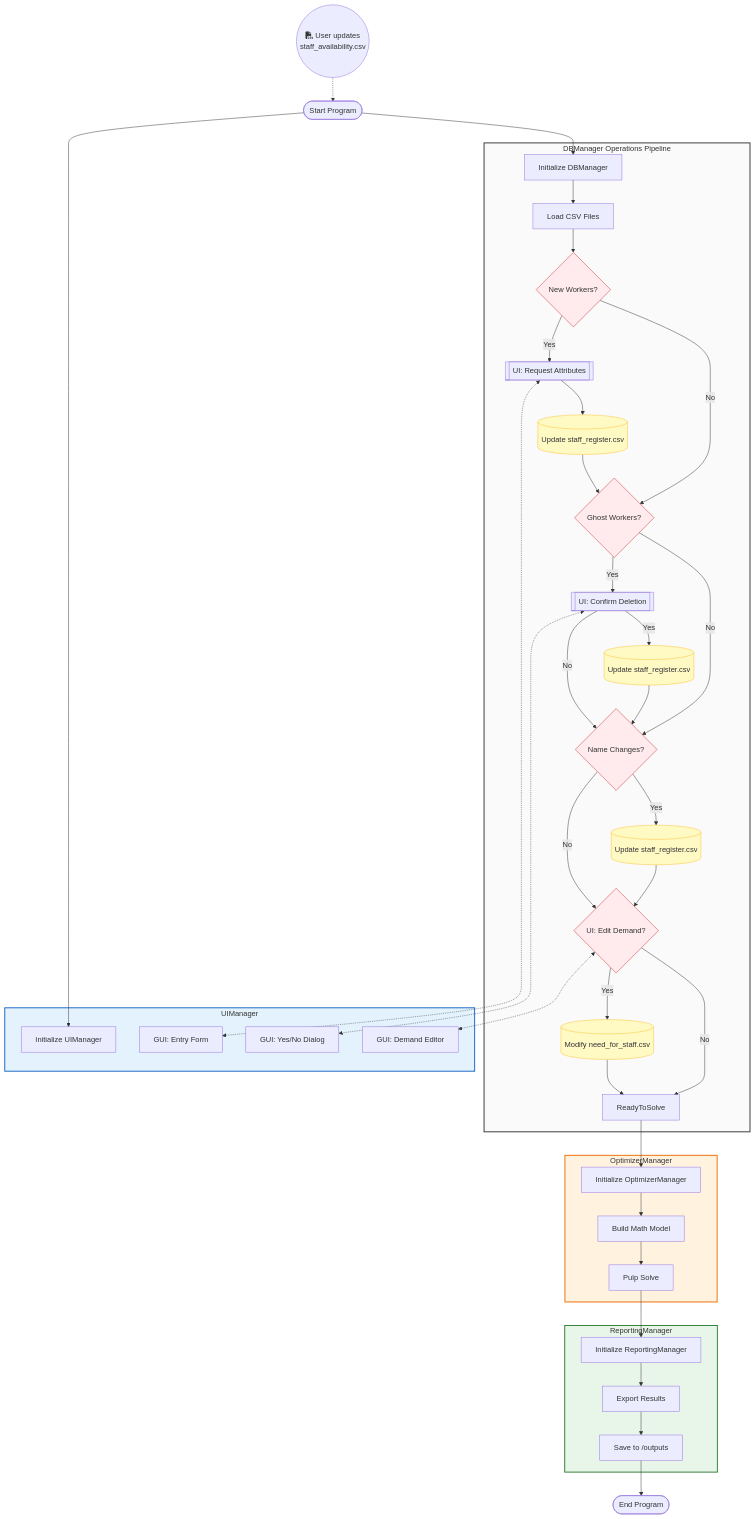
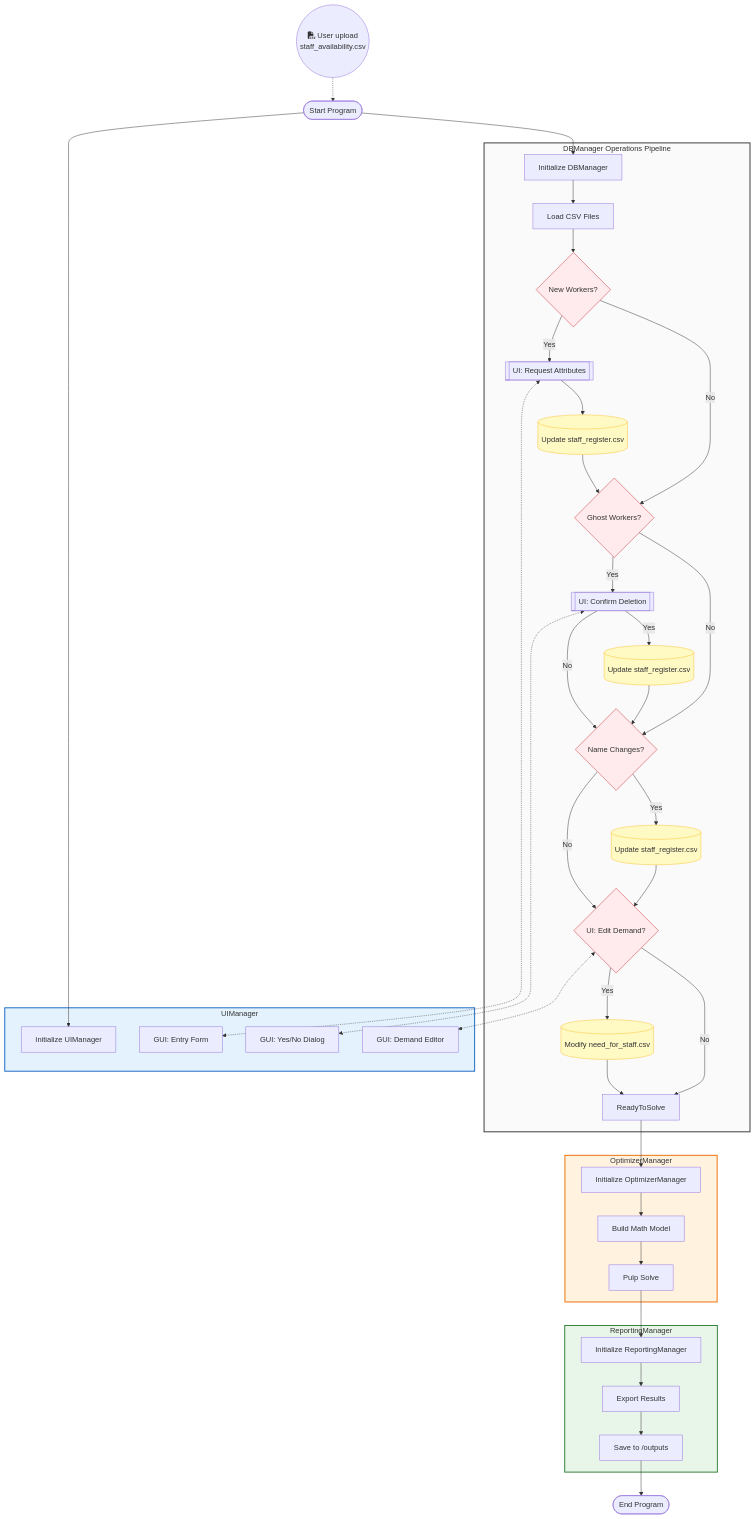
The diagram in README.md (MaximeMoussi/Schedule), drawn with Mermaid before and after one commit.

````diff
--- a/README.md
+++ b/README.md
@@ -123,76 +123,76 @@
 ```mermaid
 flowchart TD
 
 
-Upload((fa:fa-file-csv User updates<br/>staff_availability.csv)) -.-> Start([Start Program])
+Upload((fa:fa-file-csv User upload<br/>staff_availability.csv)) -.-> Start([Start Program])
 
 
 Start --> DB_Init[Initialize DBManager]
 Start --> UI_Init[Initialize UIManager]
 
 subgraph DBLayer ["DBManager Operations Pipeline"]
     DB_Init --> Load[Load CSV Files]
     Load --> NewCheck{New Workers?}
     
     %% Path 1: Worker Sync
     NewCheck -- Yes --> AskNew[[UI: Request Attributes]]
     AskNew --> SyncDB[(Update staff_register.csv)]
     SyncDB --> GhostCheck
     NewCheck -- No --> GhostCheck{Ghost Workers?}
 
     %% Path 2: Ghost Cleanup
     GhostCheck -- Yes --> AskGhost[[UI: Confirm Deletion]]
     AskGhost -- Yes --> SyncDB2[(Update staff_register.csv)]
     AskGhost -- No --> NameCheck
     SyncDB2 --> NameCheck{Name Changes?}
     GhostCheck -- No --> NameCheck
     
     %% Path 3: Name Sync
     NameCheck -- Yes --> SyncDB3[(Update staff_register.csv)]
     NameCheck -- No --> DemandCheck
     SyncDB3 --> DemandCheck{UI: Edit Demand?}
 
     %% Path 4: Demand Edit (Now inside DB Manager)
     DemandCheck -- Yes --> EditDemand[(Modify need_for_staff.csv)]
     EditDemand --> ReadyToSolve
     DemandCheck -- No --> ReadyToSolve
 end
 
 subgraph UILayer ["UIManager"]
     UI_Init 
     
     %% UI components called by the DB Pipeline
     AskNew <-.-> GUI_Form[GUI: Entry Form]
     AskGhost <-.-> GUI_Dialog[GUI: Yes/No Dialog]
     DemandCheck <-.-> GUI_Edit[GUI: Demand Editor]
 end
 
 subgraph OptimizerLayer ["OptimizerManager"]
     ReadyToSolve --> Opti_Init[Initialize OptimizerManager] 
     Opti_Init[Initialize OptimizerManager] --> Setup[Build Math Model]
     Setup --> Solve[Pulp Solve]
 end
 
 subgraph ReportingLayer ["ReportingManager"]
     Solve --> Reportinit[Initialize ReportingManager] 
     Reportinit --> Generate[Export Results]
     Generate --> Save[Save to /outputs]
 end
 
 Save --> End([End Program])
 
 style DBLayer fill:#fafafa,stroke:#333,stroke-width:2px
 style UILayer fill:#e3f2fd,stroke:#1565c0,stroke-width:2px
 style OptimizerLayer fill:#fff3e0,stroke:#ef6c00,stroke-width:2px
 style ReportingLayer fill:#e8f5e9,stroke:#2e7d32,stroke-width:2px
 
 style SyncDB fill:#fff9c4,stroke:#fbc02d,stroke-width:1px
 style SyncDB2 fill:#fff9c4,stroke:#fbc02d,stroke-width:1px
 style SyncDB3 fill:#fff9c4,stroke:#fbc02d,stroke-width:1px
 style EditDemand fill:#fff9c4,stroke:#fbc02d,stroke-width:1px
 
 style NewCheck fill:#ffebee,stroke:#c62828
 style GhostCheck fill:#ffebee,stroke:#c62828
 style NameCheck fill:#ffebee,stroke:#c62828
 style DemandCheck fill:#ffebee,stroke:#c62828
 ```
````
